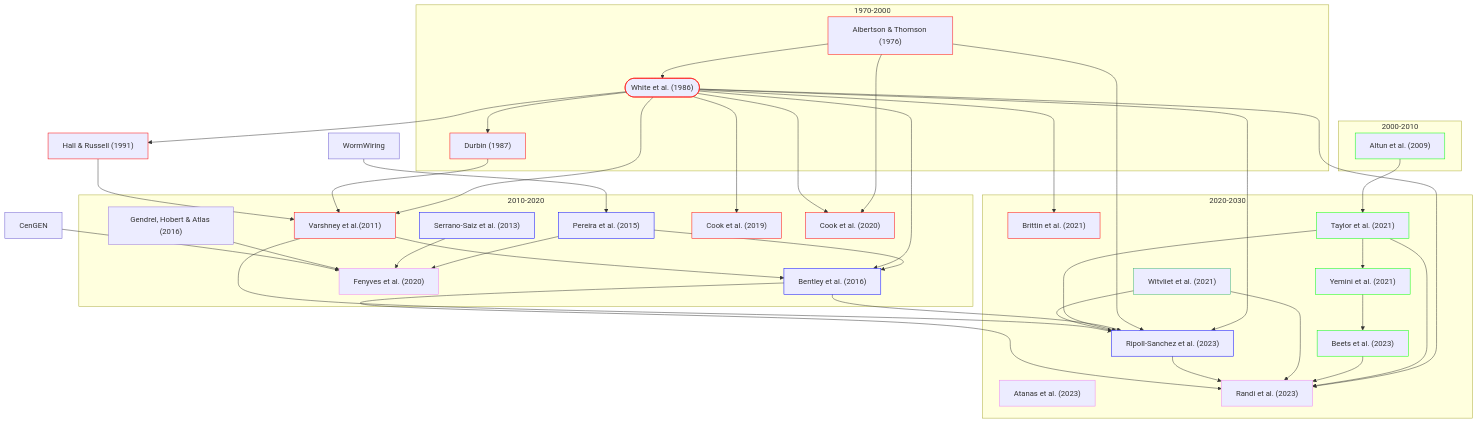
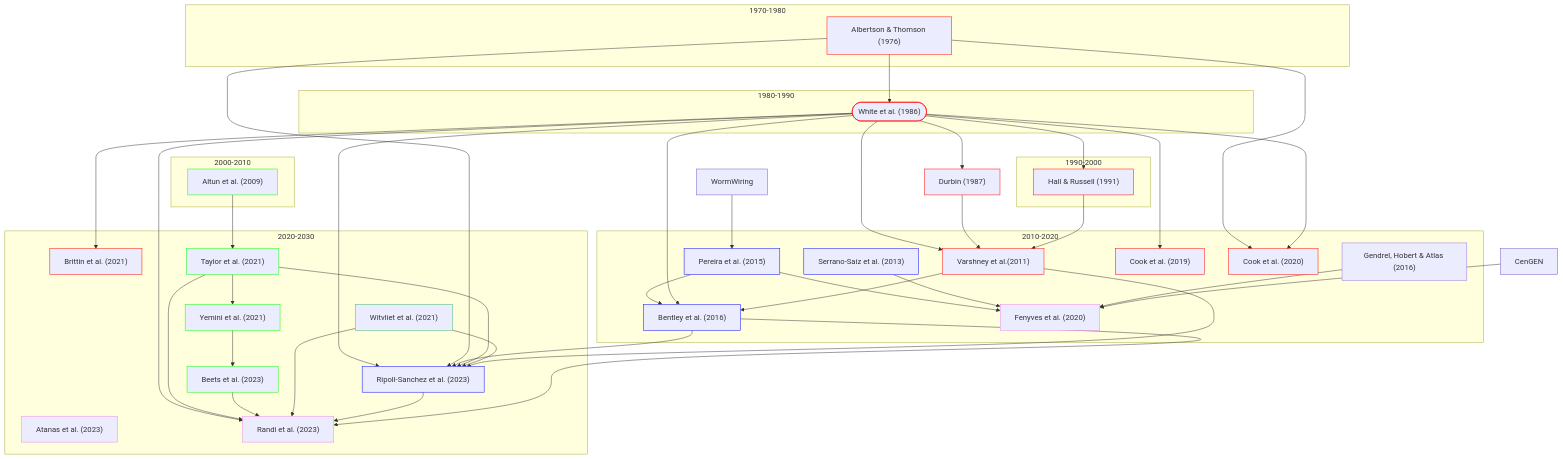
One commit to yasinthanvickneswaran/mermaidtest changed the diagram in README.md. Above: the diagram before and after it, drawn with Mermaid.

````diff
--- a/README.md
+++ b/README.md
@@ -1,67 +1,70 @@
 ```mermaid
 flowchart TD
     classDef anat stroke:#f00
     classDef gene stroke:#0f0
     classDef es stroke:#00f
     classDef func stroke:#ee82ee
     classDef dev stroke:#3cb371
     classDef db stroke:#6a5acd
 
-    subgraph 1970-2000
-    A1 & A & B
+    subgraph 1970-1980
+    A1
     end
-
+    subgraph 1980-1990
+    A
+    end
+    subgraph 1990-2000
+    A2
+    end
     subgraph 2000-2010
     C
     end
-
     subgraph 2010-2020
     D & E & E1 & E2 & F & G & H & I
     end
-
     subgraph 2020-2030
     J & K & L & M & N & O & P & NP
     end     
 
 
     E --> H["Fenyves et al. (2020)"]:::func
     E1["Serrano-Saiz et al. (2013)"]:::es --> H
     E2["Gendrel, Hobert & Atlas (2016)"] --> H
     DB2["CenGEN"]:::db --> H
     O["Atanas et al. (2023)"]:::func
     K["Witvliet et al. (2021)"]:::dev
     E["Pereira et al. (2015)"]:::es --> F["Bentley et al. (2016)"]:::es
 
     C["Altun et al. (2009)"]:::gene --> L["Taylor et al. (2021)"]:::gene
     L --> M["Yemini et al. (2021)"]:::gene
     M --> N["Beets et al. (2023)"]:::gene
 
     A(["White et al. (1986)"]):::anat --> B["Durbin (1987)"]:::anat
     A1["Albertson & Thomson (1976)"]:::anat --> A
     A1 --> I
     A  --> A2["Hall & Russell (1991)"]:::anat
     A --> D["Varshney et al.(2011)"]:::anat
     B --> D
     A2 --> D
     A --> G["Cook et al. (2019)"]:::anat
     A --> I["Cook et al. (2020)"]:::anat
     A --> J["Brittin et al. (2021)"]:::anat
     A --> F
     D --> F
     DB1["WormWiring"]:::db --> E
     A --> NP["Ripoll-Sanchez et al. (2023)"]:::es
     A1 --> NP
     F --> NP
     L --> NP
     K --> NP
     D --> NP
     A --> P["Randi et al. (2023)"]:::func
     L --> P
     N --> P
     K --> P
     NP --> P
     F --> P
 
     
     
 ```
````
